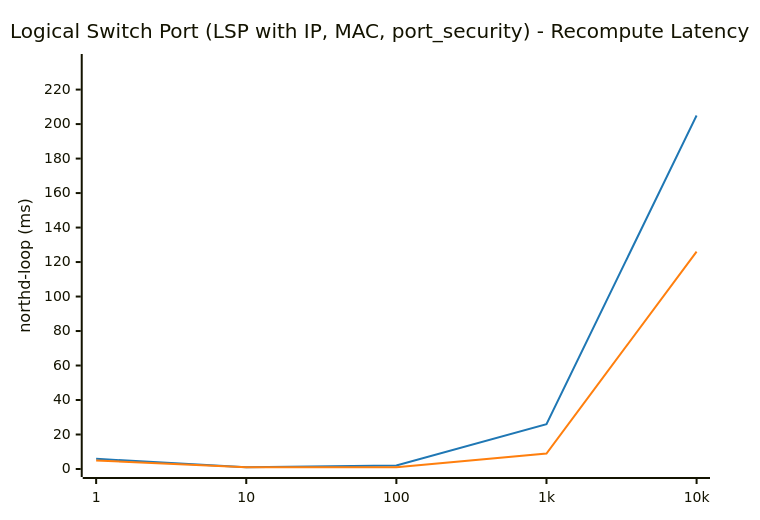
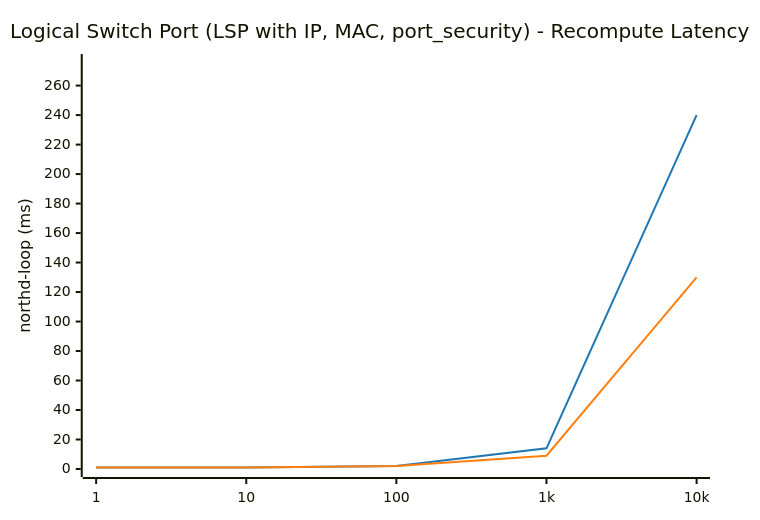
One commit to LionelJouin/ovs-ovn-bench changed the first of 16 diagrams in results/BENCHMARK_REPORT.md. Above: the diagram before and after it, drawn with Mermaid. The commit also changed other lines of this file and 1 other file, not shown here.

````diff
--- a/results/BENCHMARK_REPORT.md
+++ b/results/BENCHMARK_REPORT.md
@@ -83,14 +83,14 @@
 ```mermaid
 ---
 config:
     themeVariables:
         xyChart:
             plotColorPalette: "#1f77b4, #ff7f0e"
 ---
 xychart-beta
     title "Logical Switch Port (LSP with IP, MAC, port_security) - Recompute Latency"
     x-axis ["1", "10", "100", "1k", "10k"]
-    y-axis "northd-loop (ms)" 0 --> 236
-    line "glibc malloc" [5.9, 1.0, 2.0, 26.0, 205.0]
-    line "jemalloc" [5.0, 1.0, 1.0, 9.0, 126.0]
+    y-axis "northd-loop (ms)" 0 --> 276
+    line "glibc malloc" [1.0, 1.0, 2.0, 14.0, 240.0]
+    line "jemalloc" [1.0, 1.0, 2.0, 9.0, 130.0]
 ```
````
